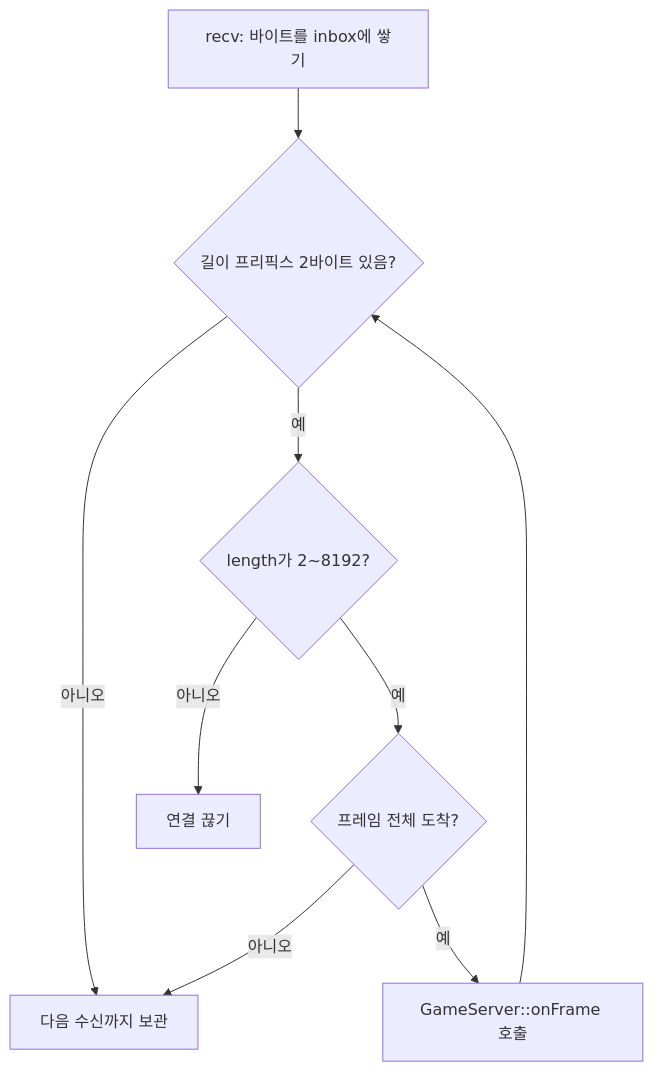
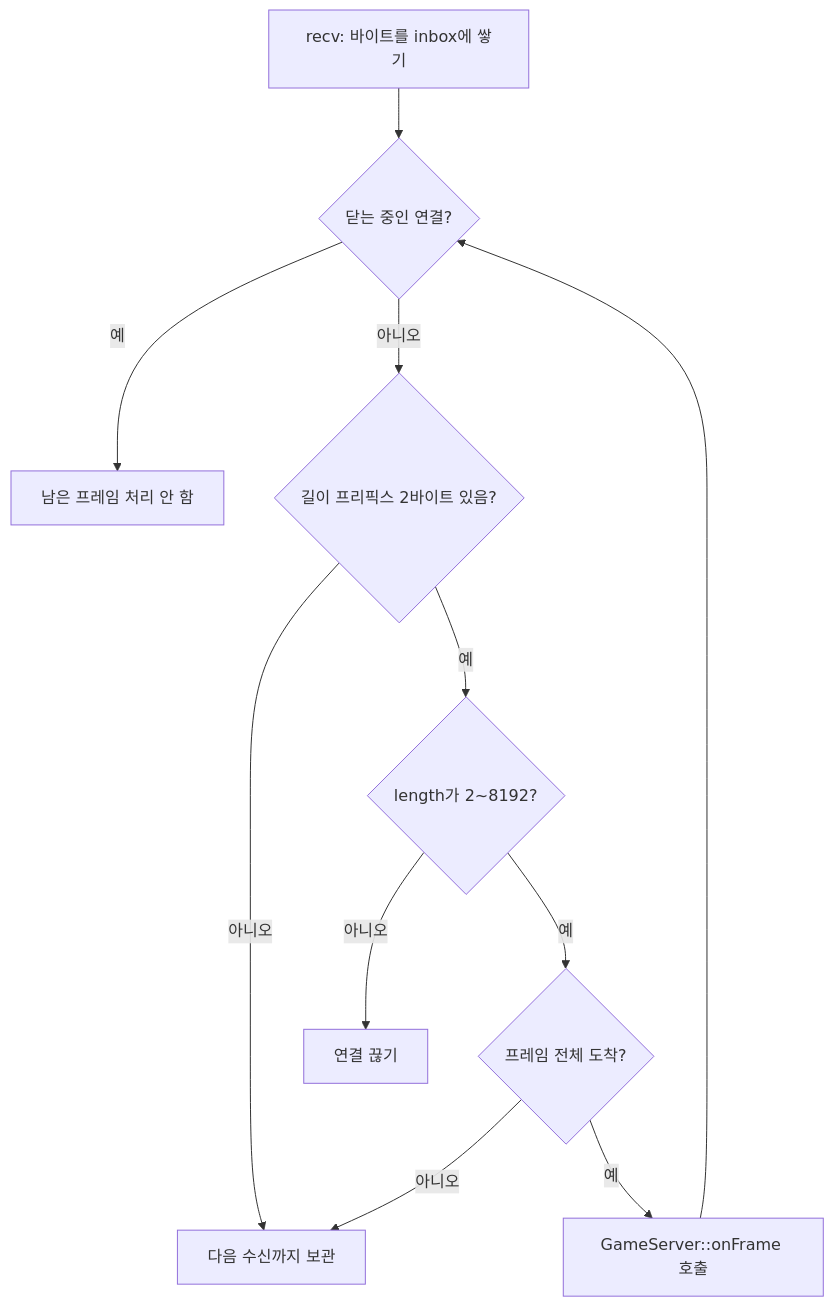
Before and after one commit to Dongs9/try_mmo_server: the diagram in docs/diagrams/src/flow-packet.mmd, drawn with Mermaid. The commit also changed 3 other files, not shown here.

```diff
--- a/docs/diagrams/src/flow-packet.mmd
+++ b/docs/diagrams/src/flow-packet.mmd
@@ -1,9 +1,11 @@
 flowchart TD
-    recv["recv: 바이트를 inbox에 쌓기"] --> enough{"길이 프리픽스 2바이트 있음?"}
+    recv["recv: 바이트를 inbox에 쌓기"] --> closing{닫는 중인 연결?}
+    closing -- 예 --> stop[남은 프레임 처리 안 함]
+    closing -- 아니오 --> enough{"길이 프리픽스 2바이트 있음?"}
     enough -- 아니오 --> keep[다음 수신까지 보관]
     enough -- 예 --> valid{"length가 2~8192?"}
     valid -- 아니오 --> close[연결 끊기]
     valid -- 예 --> whole{프레임 전체 도착?}
     whole -- 아니오 --> keep
     whole -- 예 --> frame[GameServer::onFrame 호출]
-    frame --> enough
+    frame --> closing
```
